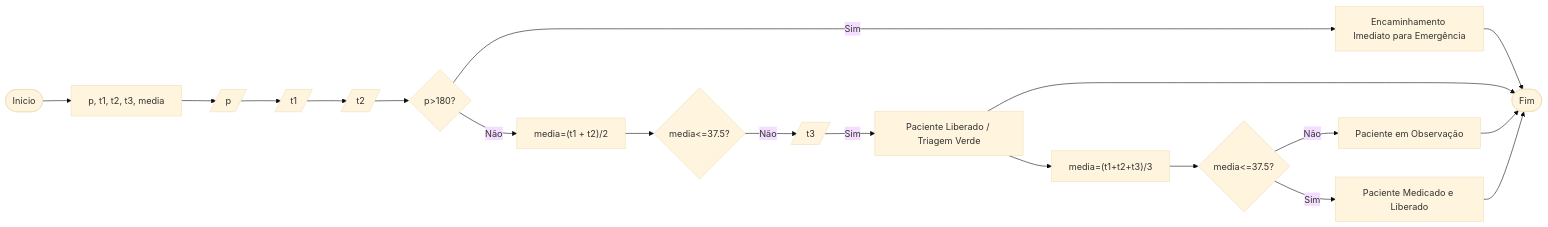
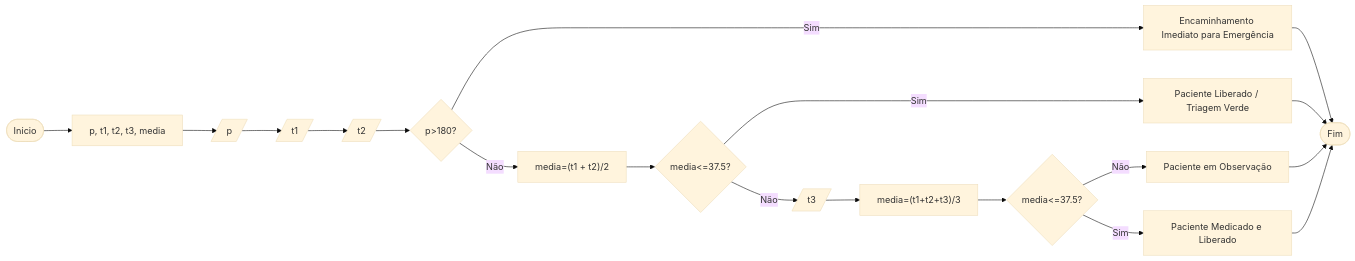
One commit to mari-roc/algorithms-logic changed the diagram in algo05/q3flow.md. Above: the diagram before and after it, drawn with Mermaid (base theme).

Commit message:
fixing flowchart

````diff
--- a/algo05/q3flow.md
+++ b/algo05/q3flow.md
@@ -7,22 +7,22 @@
 ```mermaid
 graph LR
     A([Inicio]) --> B[p, t1, t2, t3, media]
     B --> C[/p/]
     C --> D[/t1/]
     D --> E[/t2/]
     E --> F{"p>180?"}
     F -- Sim --> G["Encaminhamento Imediato para Emergência"]
     F -- Não --> H["media=(t1 + t2)/2"]
     H --> I{"media<=37.5?"}
     I -- Não --> J[/t3/]
-    J -- Sim --> K["Paciente Liberado / Triagem Verde"]
-    K --> O["media=(t1+t2+t3)/3"]
+    I -- Sim --> K["Paciente Liberado / Triagem Verde"]
+    J --> O["media=(t1+t2+t3)/3"]
     O --> L{"media<=37.5?"}
     L -- Não --> M["Paciente em Observação"]
     L -- Sim --> N["Paciente Medicado e Liberado"]
     G --> Q([Fim])
     K --> Q([Fim])
     M --> Q([Fim])
     N --> Q([Fim])
     
 ```
````
